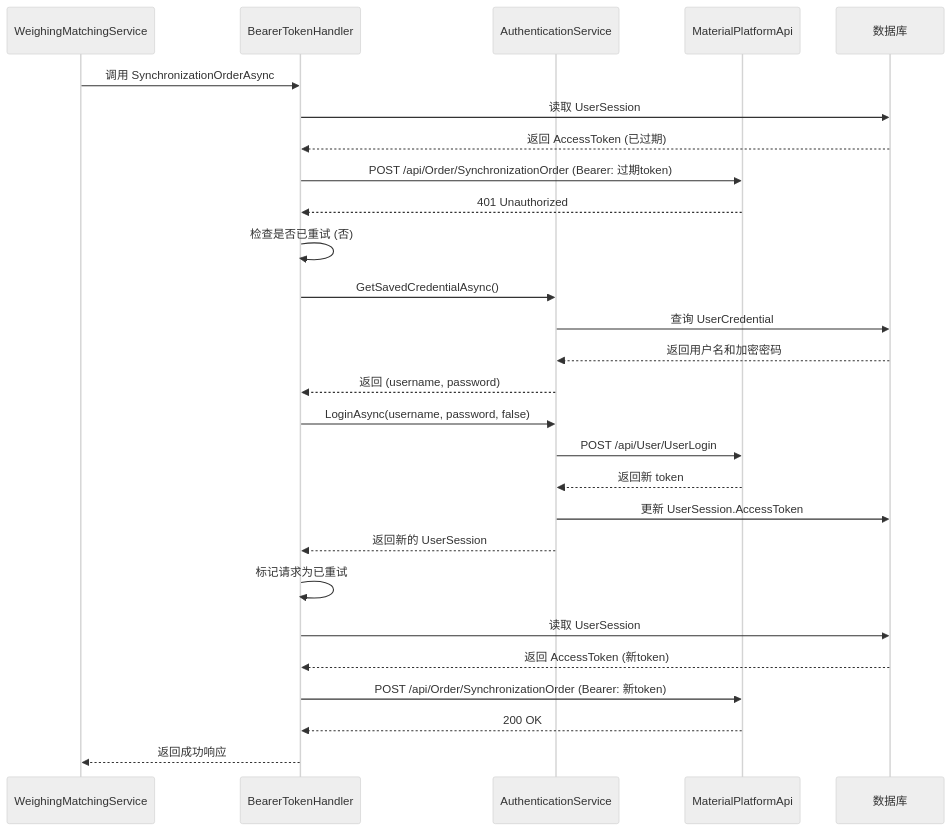
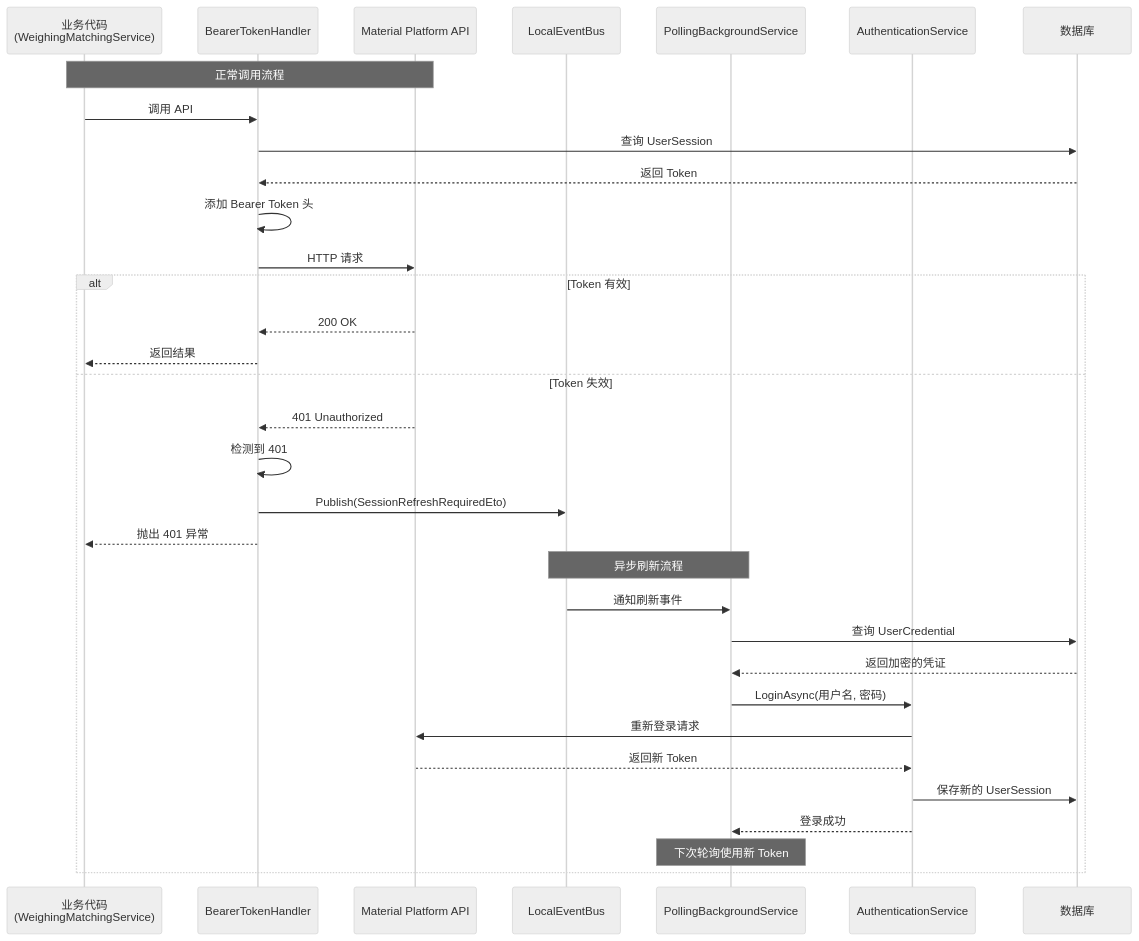
The second of 2 diagrams in openspec/changes/fix-token-refresh-on-sync-waybill/design.md (feewillowherb/MaterialClient), drawn with Mermaid (neutral theme) before and after one commit. The commit also changed other lines of this file and 4 other files, not shown here.

````diff
--- a/openspec/changes/fix-token-refresh-on-sync-waybill/design.md
+++ b/openspec/changes/fix-token-refresh-on-sync-waybill/design.md
@@ -410,33 +167,39 @@
 ```mermaid
 sequenceDiagram
-    participant WMS as WeighingMatchingService
+    participant Client as 业务代码<br/>(WeighingMatchingService)
     participant Handler as BearerTokenHandler
+    participant API as Material Platform API
+    participant EventBus as LocalEventBus
+    participant Polling as PollingBackgroundService
     participant Auth as AuthenticationService
-    participant API as MaterialPlatformApi
     participant DB as 数据库
 
-    WMS->>Handler: 调用 SynchronizationOrderAsync
-    Handler->>DB: 读取 UserSession
-    DB-->>Handler: 返回 AccessToken (已过期)
-    Handler->>API: POST /api/Order/SynchronizationOrder (Bearer: 过期token)
-    API-->>Handler: 401 Unauthorized
+    Note over Client,API: 正常调用流程
+    Client->>Handler: 调用 API
+    Handler->>DB: 查询 UserSession
+    DB-->>Handler: 返回 Token
+    Handler->>Handler: 添加 Bearer Token 头
+    Handler->>API: HTTP 请求
 
-    Handler->>Handler: 检查是否已重试 (否)
-    Handler->>Auth: GetSavedCredentialAsync()
-    Auth->>DB: 查询 UserCredential
-    DB-->>Auth: 返回用户名和加密密码
-    Auth-->>Handler: 返回 (username, password)
+    alt Token 有效
+        API-->>Handler: 200 OK
+        Handler-->>Client: 返回结果
+    else Token 失效
+        API-->>Handler: 401 Unauthorized
+        Handler->>Handler: 检测到 401
+        Handler->>EventBus: Publish(SessionRefreshRequiredEto)
+        Handler-->>Client: 抛出 401 异常
 
-    Handler->>Auth: LoginAsync(username, password, false)
-    Auth->>API: POST /api/User/UserLogin
-    API-->>Auth: 返回新 token
-    Auth->>DB: 更新 UserSession.AccessToken
-    Auth-->>Handler: 返回新的 UserSession
+        Note over EventBus,Polling: 异步刷新流程
+        EventBus->>Polling: 通知刷新事件
+        Polling->>DB: 查询 UserCredential
+        DB-->>Polling: 返回加密的凭证
+        Polling->>Auth: LoginAsync(用户名, 密码)
+        Auth->>API: 重新登录请求
+        API-->>Auth: 返回新 Token
+        Auth->>DB: 保存新的 UserSession
+        Auth-->>Polling: 登录成功
 
-    Handler->>Handler: 标记请求为已重试
-    Handler->>DB: 读取 UserSession
-    DB-->>Handler: 返回 AccessToken (新token)
-    Handler->>API: POST /api/Order/SynchronizationOrder (Bearer: 新token)
-    API-->>Handler: 200 OK
-    Handler-->>WMS: 返回成功响应
+        Note over Polling: 下次轮询使用新 Token
+    end
 ```
````
